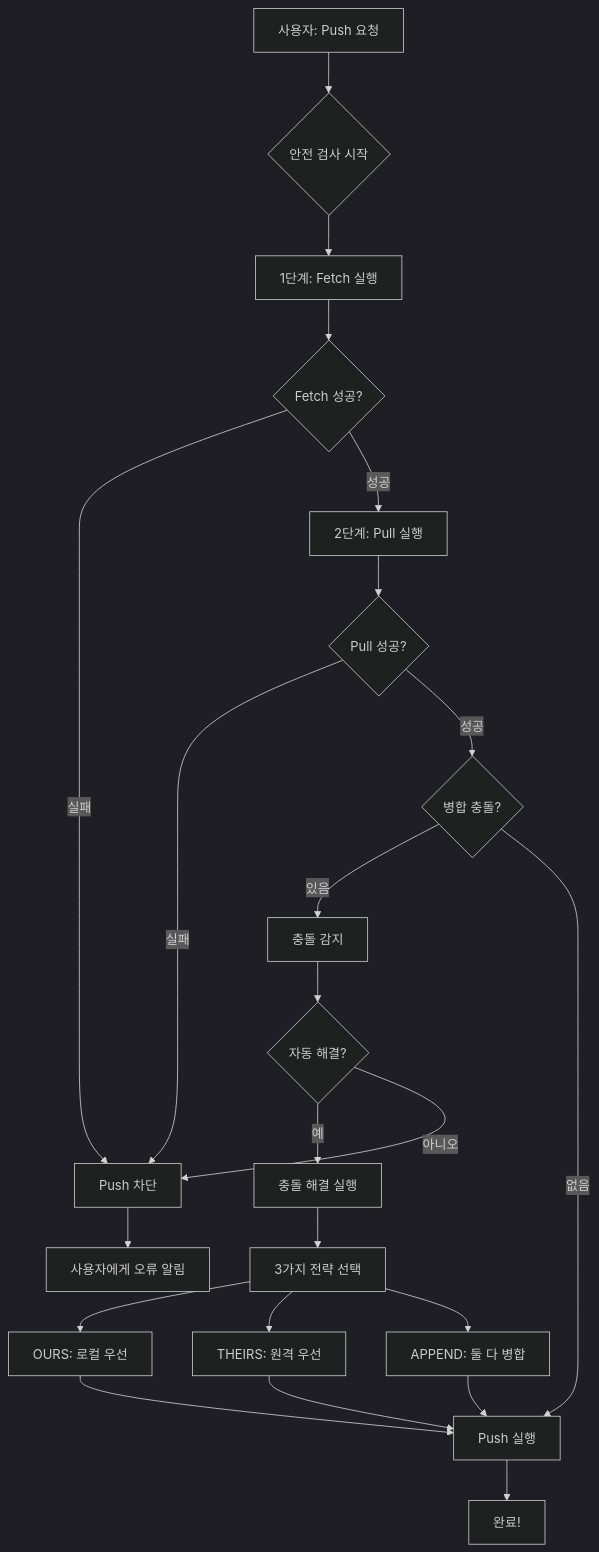
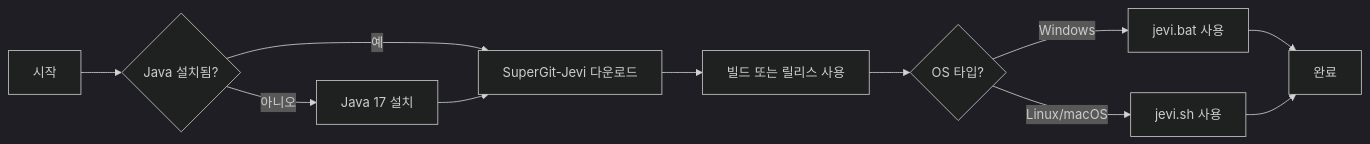
The second of 10 diagrams in README.md (hslcrb/Su-pergit-jevi), drawn with Mermaid (dark theme) before and after one commit. The commit also changed other lines of this file and 1 other file, not shown here.

````diff
--- a/README.md
+++ b/README.md
@@ -70,25 +64,13 @@
 ```mermaid
-graph TD
-    A[사용자: Push 요청] --> B{안전 검사 시작}
-    B --> C[1단계: Fetch 실행]
-    C --> D{Fetch 성공?}
-    D -->|실패| E[Push 차단]
-    D -->|성공| F[2단계: Pull 실행]
-    F --> G{Pull 성공?}
-    G -->|실패| E
-    G -->|성공| H{병합 충돌?}
-    H -->|있음| I[충돌 감지]
-    I --> J{자동 해결?}
-    J -->|예| K[충돌 해결 실행]
-    K --> L[3가지 전략 선택]
-    L --> M[OURS: 로컬 우선]
-    L --> N[THEIRS: 원격 우선]
-    L --> O[APPEND: 둘 다 병합]
-    M --> P[Push 실행]
-    N --> P
-    O --> P
-    J -->|아니오| E
-    H -->|없음| P
-    P --> Q[완료!]
-    E --> R[사용자에게 오류 알림]
+flowchart LR
+    A[시작] --> B{Java 설치됨?}
+    B -->|아니오| C[Java 17 설치]
+    B -->|예| D[SuperGit-Jevi 다운로드]
+    C --> D
+    D --> E[빌드 또는 릴리스 사용]
+    E --> F{OS 타입?}
+    F -->|Windows| G[jevi.bat 사용]
+    F -->|Linux/macOS| H[jevi.sh 사용]
+    G --> I[완료]
+    H --> I
 ```
````
